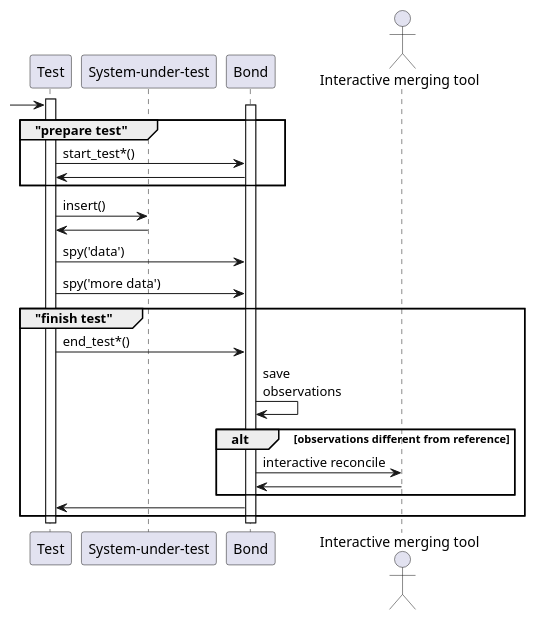
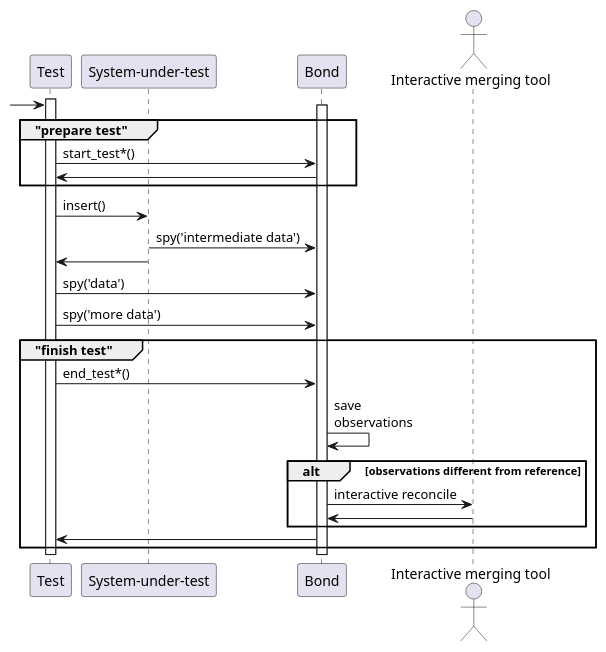
One commit to gnecula/bond changed the first of 2 diagrams in docs/tutorial.rst. Above: the diagram before and after it, drawn with PlantUML. The commit also changed other lines of this file, not shown here.

Commit message:
[docs] Added more arrows to sequence diagram

```diff
--- a/docs/tutorial.rst
+++ b/docs/tutorial.rst
@@ -261,35 +262,36 @@
 .. uml::
 
    @startuml
 
    participant Test
    participant SUT as "System-under-test"
    participant Bond
    actor Diff as "Interactive merging tool"
 
    activate Test
    [-> Test 
    group "prepare test"
        activate Bond
        Test -> Bond : start_test*()
        Bond -> Test
    end
    Test -> SUT : insert()
+   SUT -> Bond : spy('intermediate data')
    SUT -> Test
    Test -> Bond : spy('data')
    Test -> Bond : spy('more data')
 
    group "finish test"
        Test -> Bond: end_test*()
        Bond -> Bond : save\nobservations
     
        alt observations different from reference
           Bond -> Diff: interactive reconcile
           Diff -> Bond
        end
         
        Bond -> Test
    end
    deactivate Bond
    deactivate Test
    @enduml
```
